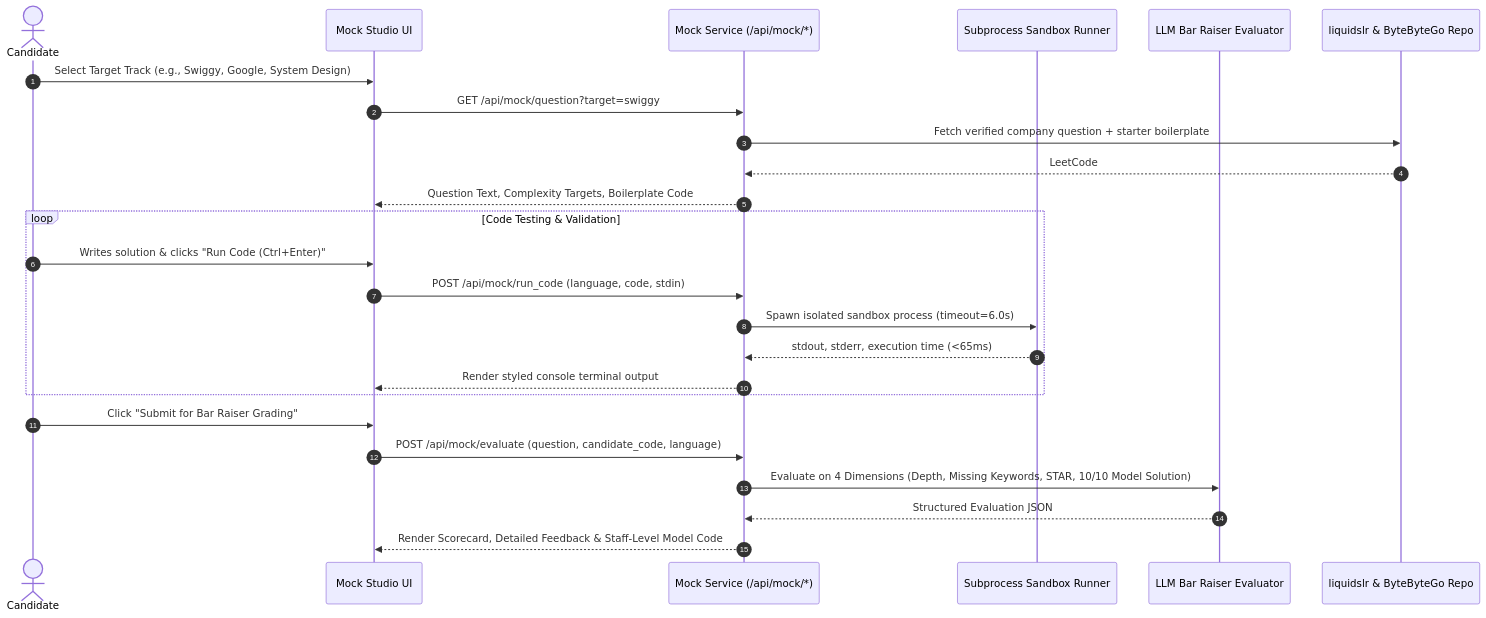
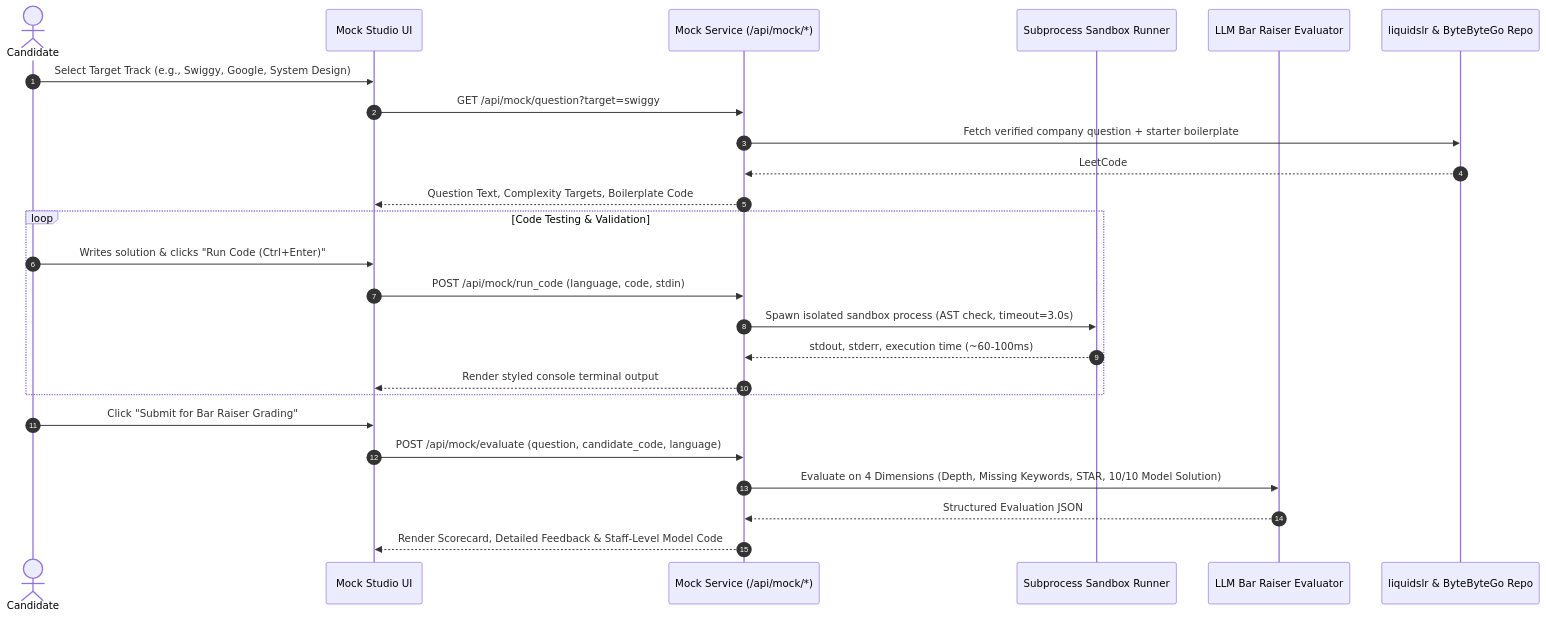
The third of 6 diagrams in ARCHITECTURE.md (Durgesh1008/Scout-AI), drawn with Mermaid before and after one commit. The commit also changed other lines of this file and 12 other files, not shown here.

````diff
--- a/ARCHITECTURE.md
+++ b/ARCHITECTURE.md
@@ -118,30 +118,30 @@
 ```mermaid
 sequenceDiagram
     autonumber
     actor Candidate as Candidate
     participant Studio as Mock Studio UI
     participant MockAPI as Mock Service (/api/mock/*)
     participant Runner as Subprocess Sandbox Runner
     participant BarRaiser as LLM Bar Raiser Evaluator
     participant Archive as liquidslr & ByteByteGo Repo
 
     Candidate->>Studio: Select Target Track (e.g., Swiggy, Google, System Design)
     Studio->>MockAPI: GET /api/mock/question?target=swiggy
     MockAPI->>Archive: Fetch verified company question + starter boilerplate
     Archive-->>MockAPI: LeetCode #1162 / Multi-source BFS specs
     MockAPI-->>Studio: Question Text, Complexity Targets, Boilerplate Code
 
     loop Code Testing & Validation
         Candidate->>Studio: Writes solution & clicks "Run Code (Ctrl+Enter)"
         Studio->>MockAPI: POST /api/mock/run_code (language, code, stdin)
-        MockAPI->>Runner: Spawn isolated sandbox process (timeout=6.0s)
-        Runner-->>MockAPI: stdout, stderr, execution time (<65ms)
+        MockAPI->>Runner: Spawn isolated sandbox process (AST check, timeout=3.0s)
+        Runner-->>MockAPI: stdout, stderr, execution time (~60-100ms)
         MockAPI-->>Studio: Render styled console terminal output
     end
 
     Candidate->>Studio: Click "Submit for Bar Raiser Grading"
     Studio->>MockAPI: POST /api/mock/evaluate (question, candidate_code, language)
     MockAPI->>BarRaiser: Evaluate on 4 Dimensions (Depth, Missing Keywords, STAR, 10/10 Model Solution)
     BarRaiser-->>MockAPI: Structured Evaluation JSON
     MockAPI-->>Studio: Render Scorecard, Detailed Feedback & Staff-Level Model Code
 ```
````
